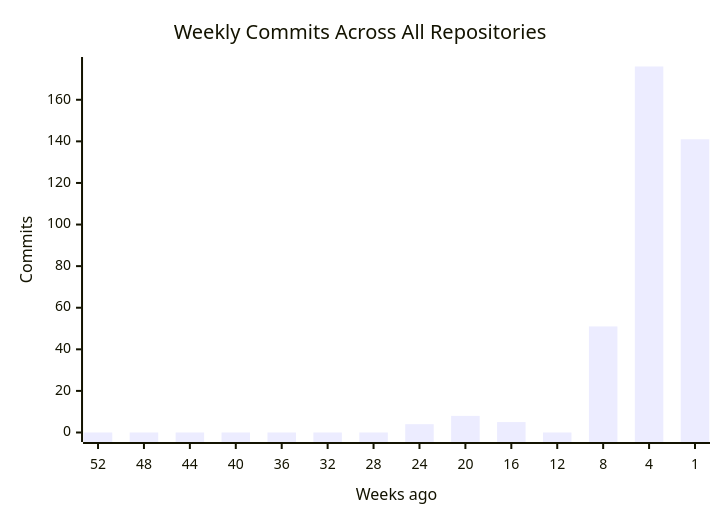
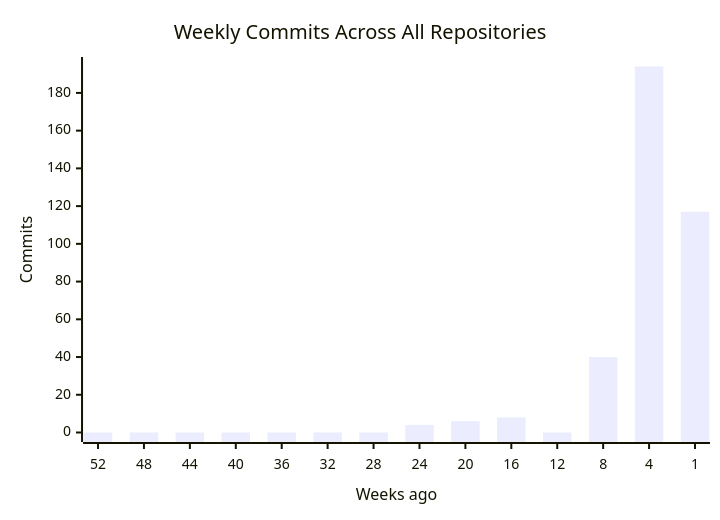
Before and after one commit to CSTH-Projects/.github: the first of 4 diagrams in profile/README.md, drawn with Mermaid. The commit also changed other lines of this file, not shown here.

````diff
--- a/profile/README.md
+++ b/profile/README.md
@@ -16,7 +16,7 @@
 ```mermaid
 xychart-beta
     title "Weekly Commits Across All Repositories"
     x-axis "Weeks ago" [52, 48, 44, 40, 36, 32, 28, 24, 20, 16, 12, 8, 4, 1]
     y-axis "Commits"
-    bar [0, 0, 0, 0, 0, 0, 0, 4, 8, 5, 0, 51, 176, 141]
+    bar [0, 0, 0, 0, 0, 0, 0, 4, 6, 8, 0, 40, 194, 117]
 ```
````
